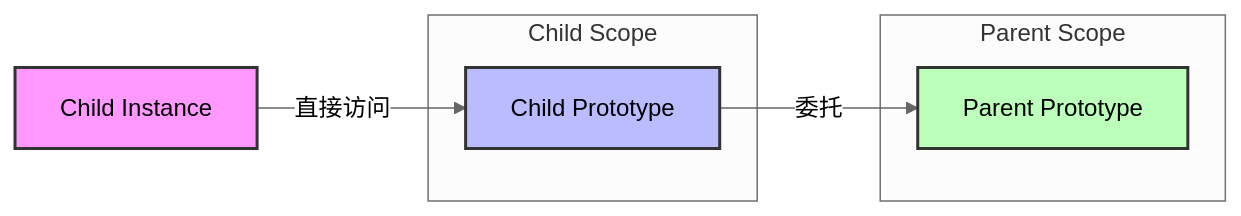
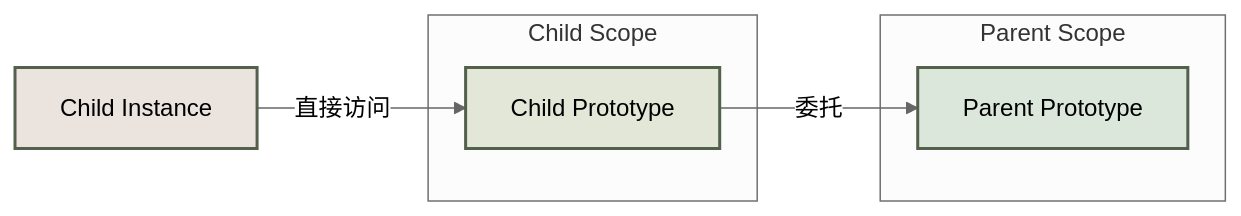
Before and after one commit to yaklang/ssa.to: the third of 12 diagrams in static-analysis-guide/deep-dive-into-ssa-oop.mdx, drawn with Mermaid (neutral theme). The commit also changed other lines of this file and 91 other files, not shown here.

````diff
--- a/static-analysis-guide/deep-dive-into-ssa-oop.mdx
+++ b/static-analysis-guide/deep-dive-into-ssa-oop.mdx
@@ -356,21 +364,21 @@
 ```mermaid
 graph LR
     A["Child Instance"]
     B["Child Prototype"]
     C["Parent Prototype"]
     
     A -->|"直接访问"| B
     B -->|"委托"| C
     
     subgraph "Child Scope"
         B
     end
     
     subgraph "Parent Scope"
         C
     end
 
-    style A fill:#f9f,stroke:#333,stroke-width:2px
-    style B fill:#bbf,stroke:#333,stroke-width:2px
-    style C fill:#bfb,stroke:#333,stroke-width:2px
+    style A fill:#ebe3dd,stroke:#52604c,stroke-width:2px
+    style B fill:#e2e7d7,stroke:#52604c,stroke-width:2px
+    style C fill:#dce7dc,stroke:#52604c,stroke-width:2px
 ```
````
